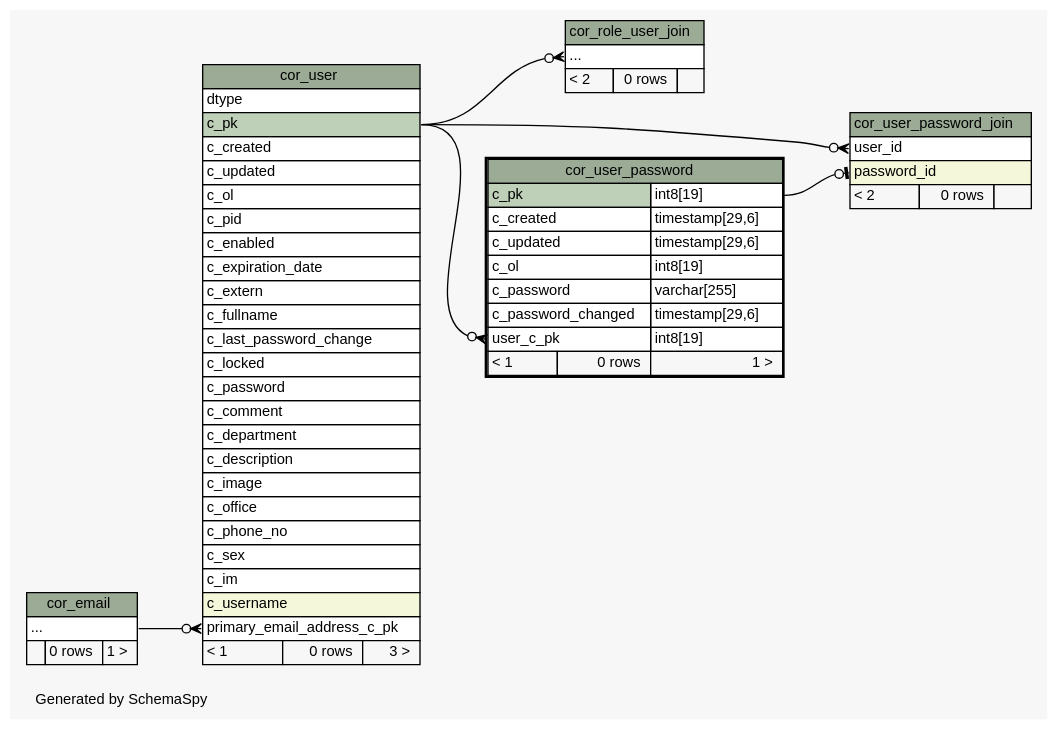
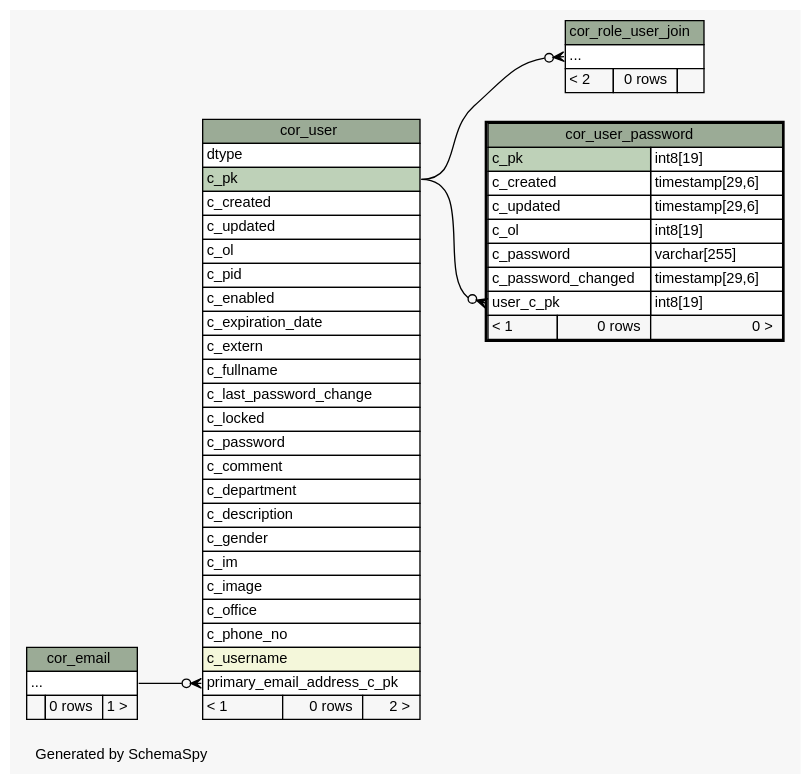
Before and after one commit to openwms/org.openwms.core.uaa: the diagram in schemaspy/diagrams/cor_user_password.2degrees.dot, drawn with Graphviz. The commit also changed 331 other files, not shown here.

```diff
--- a/schemaspy/diagrams/cor_user_password.2degrees.dot
+++ b/schemaspy/diagrams/cor_user_password.2degrees.dot
@@ -1,106 +1,93 @@
-// dot 2.36.0 on Linux 4.4.0-101-generic
+// dot 2.38.0 on Linux 4.15.0-1055-gcp
 // SchemaSpy rev Unknown
 digraph "twoDegreesRelationshipsDiagram" {
   graph [
     rankdir="RL"
     bgcolor="#f7f7f7"
     label="\nGenerated by SchemaSpy"
     labeljust="l"
     nodesep="0.18"
     ranksep="0.46"
     fontname="Helvetica"
     fontsize="11"
   ];
   node [
     fontname="Helvetica"
     fontsize="11"
     shape="plaintext"
   ];
   edge [
     arrowsize="0.8"
   ];
   "cor_role_user_join":"elipses":w -> "cor_user":"c_pk":e [arrowhead=none dir=back arrowtail=crowodot];
   "cor_user":"primary_email_address_c_pk":w -> "cor_email":"elipses":e [arrowhead=none dir=back arrowtail=crowodot];
   "cor_user_password":"user_c_pk":w -> "cor_user":"c_pk":e [arrowhead=none dir=back arrowtail=crowodot];
-  "cor_user_password_join":"password_id":w -> "cor_user_password":"c_pk.type":e [arrowhead=none dir=back arrowtail=teeodot];
-  "cor_user_password_join":"user_id":w -> "cor_user":"c_pk":e [arrowhead=none dir=back arrowtail=crowodot];
   "cor_email" [
     label=<
     <TABLE BORDER="0" CELLBORDER="1" CELLSPACING="0" BGCOLOR="#ffffff">
       <TR><TD COLSPAN="3" BGCOLOR="#9bab96" ALIGN="CENTER">cor_email</TD></TR>
       <TR><TD PORT="elipses" COLSPAN="3" ALIGN="LEFT">...</TD></TR>
       <TR><TD ALIGN="LEFT" BGCOLOR="#f7f7f7">  </TD><TD ALIGN="RIGHT" BGCOLOR="#f7f7f7">0 rows</TD><TD ALIGN="RIGHT" BGCOLOR="#f7f7f7">1 &gt;</TD></TR>
     </TABLE>>
     URL="cor_email.html"
     tooltip="cor_email"
   ];
   "cor_role_user_join" [
     label=<
     <TABLE BORDER="0" CELLBORDER="1" CELLSPACING="0" BGCOLOR="#ffffff">
       <TR><TD COLSPAN="3" BGCOLOR="#9bab96" ALIGN="CENTER">cor_role_user_join</TD></TR>
       <TR><TD PORT="elipses" COLSPAN="3" ALIGN="LEFT">...</TD></TR>
       <TR><TD ALIGN="LEFT" BGCOLOR="#f7f7f7">&lt; 2</TD><TD ALIGN="RIGHT" BGCOLOR="#f7f7f7">0 rows</TD><TD ALIGN="RIGHT" BGCOLOR="#f7f7f7">  </TD></TR>
     </TABLE>>
     URL="cor_role_user_join.html"
     tooltip="cor_role_user_join"
   ];
   "cor_user" [
     label=<
     <TABLE BORDER="0" CELLBORDER="1" CELLSPACING="0" BGCOLOR="#ffffff">
       <TR><TD COLSPAN="3" BGCOLOR="#9bab96" ALIGN="CENTER">cor_user</TD></TR>
       <TR><TD PORT="dtype" COLSPAN="3" ALIGN="LEFT">dtype</TD></TR>
       <TR><TD PORT="c_pk" COLSPAN="3" BGCOLOR="#bed1b8" ALIGN="LEFT">c_pk</TD></TR>
       <TR><TD PORT="c_created" COLSPAN="3" ALIGN="LEFT">c_created</TD></TR>
       <TR><TD PORT="c_updated" COLSPAN="3" ALIGN="LEFT">c_updated</TD></TR>
       <TR><TD PORT="c_ol" COLSPAN="3" ALIGN="LEFT">c_ol</TD></TR>
       <TR><TD PORT="c_pid" COLSPAN="3" ALIGN="LEFT">c_pid</TD></TR>
       <TR><TD PORT="c_enabled" COLSPAN="3" ALIGN="LEFT">c_enabled</TD></TR>
       <TR><TD PORT="c_expiration_date" COLSPAN="3" ALIGN="LEFT">c_expiration_date</TD></TR>
       <TR><TD PORT="c_extern" COLSPAN="3" ALIGN="LEFT">c_extern</TD></TR>
       <TR><TD PORT="c_fullname" COLSPAN="3" ALIGN="LEFT">c_fullname</TD></TR>
       <TR><TD PORT="c_last_password_change" COLSPAN="3" ALIGN="LEFT">c_last_password_change</TD></TR>
       <TR><TD PORT="c_locked" COLSPAN="3" ALIGN="LEFT">c_locked</TD></TR>
       <TR><TD PORT="c_password" COLSPAN="3" ALIGN="LEFT">c_password</TD></TR>
       <TR><TD PORT="c_comment" COLSPAN="3" ALIGN="LEFT">c_comment</TD></TR>
       <TR><TD PORT="c_department" COLSPAN="3" ALIGN="LEFT">c_department</TD></TR>
       <TR><TD PORT="c_description" COLSPAN="3" ALIGN="LEFT">c_description</TD></TR>
+      <TR><TD PORT="c_gender" COLSPAN="3" ALIGN="LEFT">c_gender</TD></TR>
+      <TR><TD PORT="c_im" COLSPAN="3" ALIGN="LEFT">c_im</TD></TR>
       <TR><TD PORT="c_image" COLSPAN="3" ALIGN="LEFT">c_image</TD></TR>
       <TR><TD PORT="c_office" COLSPAN="3" ALIGN="LEFT">c_office</TD></TR>
       <TR><TD PORT="c_phone_no" COLSPAN="3" ALIGN="LEFT">c_phone_no</TD></TR>
-      <TR><TD PORT="c_sex" COLSPAN="3" ALIGN="LEFT">c_sex</TD></TR>
-      <TR><TD PORT="c_im" COLSPAN="3" ALIGN="LEFT">c_im</TD></TR>
       <TR><TD PORT="c_username" COLSPAN="3" BGCOLOR="#f4f7da" ALIGN="LEFT">c_username</TD></TR>
       <TR><TD PORT="primary_email_address_c_pk" COLSPAN="3" ALIGN="LEFT">primary_email_address_c_pk</TD></TR>
-      <TR><TD ALIGN="LEFT" BGCOLOR="#f7f7f7">&lt; 1</TD><TD ALIGN="RIGHT" BGCOLOR="#f7f7f7">0 rows</TD><TD ALIGN="RIGHT" BGCOLOR="#f7f7f7">3 &gt;</TD></TR>
+      <TR><TD ALIGN="LEFT" BGCOLOR="#f7f7f7">&lt; 1</TD><TD ALIGN="RIGHT" BGCOLOR="#f7f7f7">0 rows</TD><TD ALIGN="RIGHT" BGCOLOR="#f7f7f7">2 &gt;</TD></TR>
     </TABLE>>
     URL="cor_user.html"
     tooltip="cor_user"
   ];
   "cor_user_password" [
     label=<
     <TABLE BORDER="2" CELLBORDER="1" CELLSPACING="0" BGCOLOR="#ffffff">
       <TR><TD COLSPAN="3" BGCOLOR="#9bab96" ALIGN="CENTER">cor_user_password</TD></TR>
       <TR><TD PORT="c_pk" COLSPAN="2" BGCOLOR="#bed1b8" ALIGN="LEFT">c_pk</TD><TD PORT="c_pk.type" ALIGN="LEFT">int8[19]</TD></TR>
       <TR><TD PORT="c_created" COLSPAN="2" ALIGN="LEFT">c_created</TD><TD PORT="c_created.type" ALIGN="LEFT">timestamp[29,6]</TD></TR>
       <TR><TD PORT="c_updated" COLSPAN="2" ALIGN="LEFT">c_updated</TD><TD PORT="c_updated.type" ALIGN="LEFT">timestamp[29,6]</TD></TR>
       <TR><TD PORT="c_ol" COLSPAN="2" ALIGN="LEFT">c_ol</TD><TD PORT="c_ol.type" ALIGN="LEFT">int8[19]</TD></TR>
       <TR><TD PORT="c_password" COLSPAN="2" ALIGN="LEFT">c_password</TD><TD PORT="c_password.type" ALIGN="LEFT">varchar[255]</TD></TR>
       <TR><TD PORT="c_password_changed" COLSPAN="2" ALIGN="LEFT">c_password_changed</TD><TD PORT="c_password_changed.type" ALIGN="LEFT">timestamp[29,6]</TD></TR>
       <TR><TD PORT="user_c_pk" COLSPAN="2" ALIGN="LEFT">user_c_pk</TD><TD PORT="user_c_pk.type" ALIGN="LEFT">int8[19]</TD></TR>
-      <TR><TD ALIGN="LEFT" BGCOLOR="#f7f7f7">&lt; 1</TD><TD ALIGN="RIGHT" BGCOLOR="#f7f7f7">0 rows</TD><TD ALIGN="RIGHT" BGCOLOR="#f7f7f7">1 &gt;</TD></TR>
+      <TR><TD ALIGN="LEFT" BGCOLOR="#f7f7f7">&lt; 1</TD><TD ALIGN="RIGHT" BGCOLOR="#f7f7f7">0 rows</TD><TD ALIGN="RIGHT" BGCOLOR="#f7f7f7">0 &gt;</TD></TR>
     </TABLE>>
     URL="cor_user_password.html"
     tooltip="cor_user_password"
   ];
-  "cor_user_password_join" [
-    label=<
-    <TABLE BORDER="0" CELLBORDER="1" CELLSPACING="0" BGCOLOR="#ffffff">
-      <TR><TD COLSPAN="3" BGCOLOR="#9bab96" ALIGN="CENTER">cor_user_password_join</TD></TR>
-      <TR><TD PORT="user_id" COLSPAN="3" ALIGN="LEFT">user_id</TD></TR>
-      <TR><TD PORT="password_id" COLSPAN="3" BGCOLOR="#f4f7da" ALIGN="LEFT">password_id</TD></TR>
-      <TR><TD ALIGN="LEFT" BGCOLOR="#f7f7f7">&lt; 2</TD><TD ALIGN="RIGHT" BGCOLOR="#f7f7f7">0 rows</TD><TD ALIGN="RIGHT" BGCOLOR="#f7f7f7">  </TD></TR>
-    </TABLE>>
-    URL="cor_user_password_join.html"
-    tooltip="cor_user_password_join"
-  ];
 }
```
